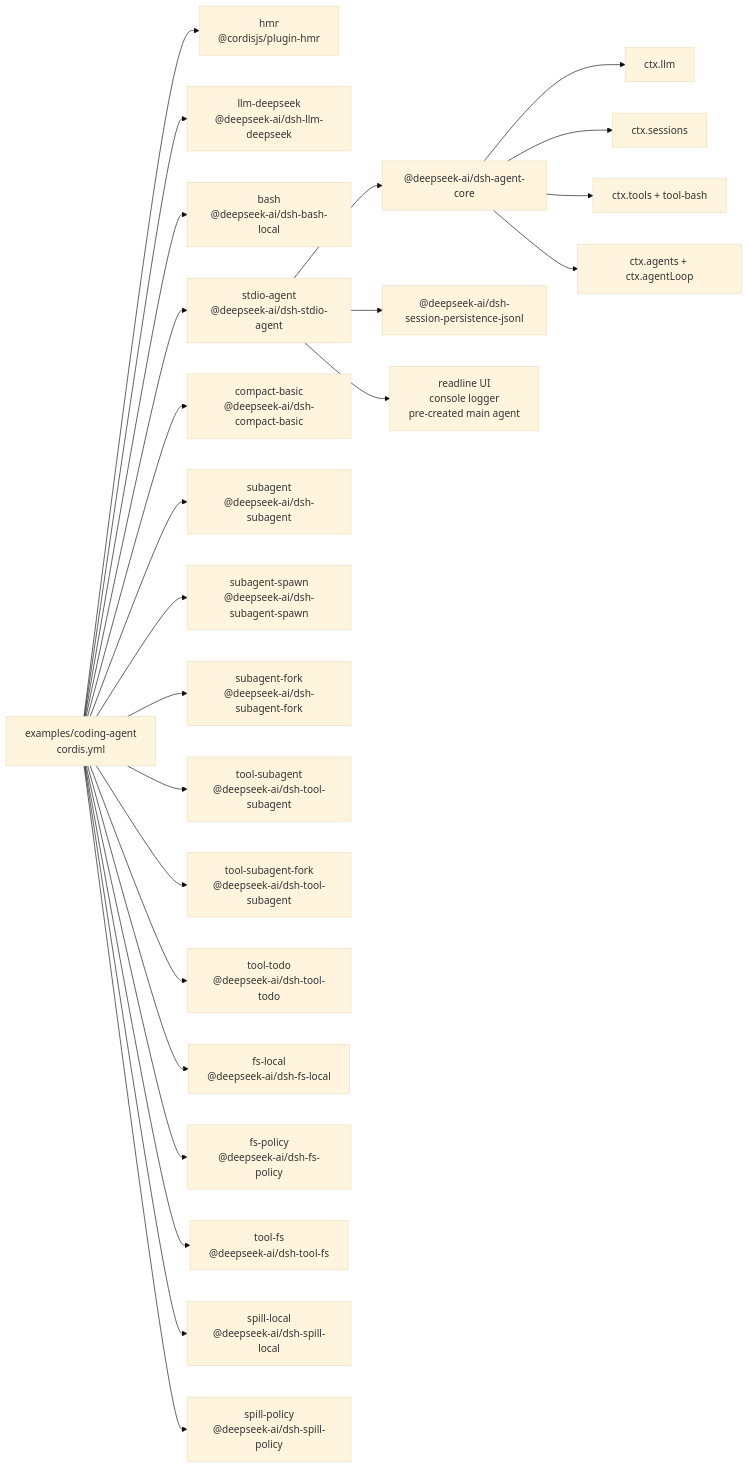
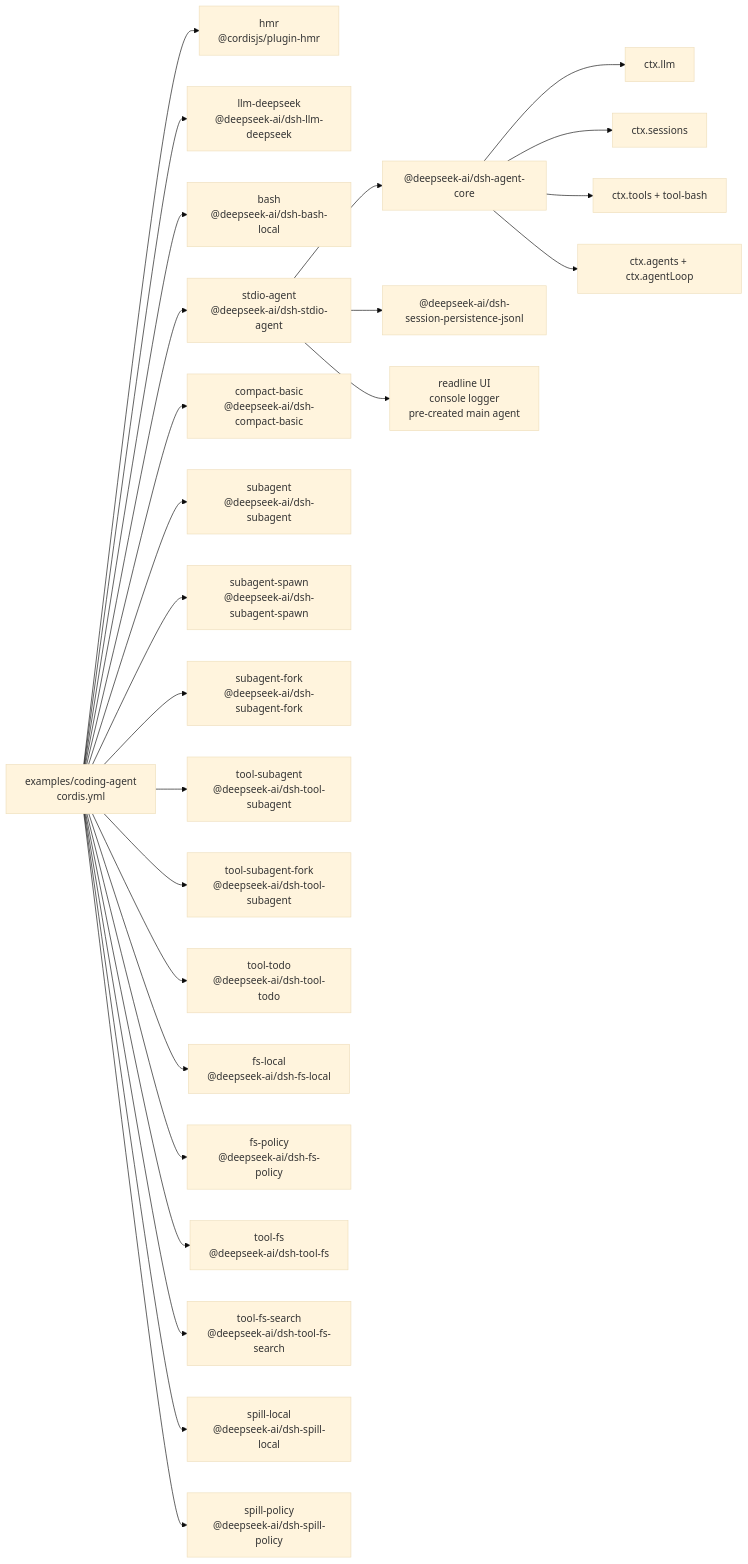
The diagram in examples/coding-agent/composition.md (007M7/DeepCode), drawn with Mermaid (base theme) before and after one commit. The commit also changed other lines of this file and 26 other files, not shown here.

First line of the commit message:
feat: bash-backed glob/grep discovery tools (dsh-tool-fs-search)

````diff
--- a/examples/coding-agent/composition.md
+++ b/examples/coding-agent/composition.md
@@ -8,43 +8,45 @@
 ```mermaid
 flowchart LR
   cfg["examples/coding-agent<br/>cordis.yml"]
   plugin_coding_hmr["hmr<br/>@cordisjs/plugin-hmr"]
   cfg --> plugin_coding_hmr
   plugin_coding_llm_deepseek["llm-deepseek<br/>@deepseek-ai/dsh-llm-deepseek"]
   cfg --> plugin_coding_llm_deepseek
   plugin_coding_bash["bash<br/>@deepseek-ai/dsh-bash-local"]
   cfg --> plugin_coding_bash
   plugin_coding_stdio_agent["stdio-agent<br/>@deepseek-ai/dsh-stdio-agent"]
   cfg --> plugin_coding_stdio_agent
   plugin_coding_stdio_agent --> bundle_agent_core["@deepseek-ai/dsh-agent-core"]
   plugin_coding_stdio_agent --> bundle_jsonl["@deepseek-ai/dsh-session-persistence-jsonl"]
   plugin_coding_stdio_agent --> frontdoor_stdio["readline UI<br/>console logger<br/>pre-created main agent"]
   bundle_agent_core --> spine_llm["ctx.llm"]
   bundle_agent_core --> spine_sessions["ctx.sessions"]
   bundle_agent_core --> spine_tools["ctx.tools + tool-bash"]
   bundle_agent_core --> spine_loop["ctx.agents + ctx.agentLoop"]
   plugin_coding_compact_basic["compact-basic<br/>@deepseek-ai/dsh-compact-basic"]
   cfg --> plugin_coding_compact_basic
   plugin_coding_subagent["subagent<br/>@deepseek-ai/dsh-subagent"]
   cfg --> plugin_coding_subagent
   plugin_coding_subagent_spawn["subagent-spawn<br/>@deepseek-ai/dsh-subagent-spawn"]
   cfg --> plugin_coding_subagent_spawn
   plugin_coding_subagent_fork["subagent-fork<br/>@deepseek-ai/dsh-subagent-fork"]
   cfg --> plugin_coding_subagent_fork
   plugin_coding_tool_subagent["tool-subagent<br/>@deepseek-ai/dsh-tool-subagent"]
   cfg --> plugin_coding_tool_subagent
   plugin_coding_tool_subagent_fork["tool-subagent-fork<br/>@deepseek-ai/dsh-tool-subagent"]
   cfg --> plugin_coding_tool_subagent_fork
   plugin_coding_tool_todo["tool-todo<br/>@deepseek-ai/dsh-tool-todo"]
   cfg --> plugin_coding_tool_todo
   plugin_coding_fs_local["fs-local<br/>@deepseek-ai/dsh-fs-local"]
   cfg --> plugin_coding_fs_local
   plugin_coding_fs_policy["fs-policy<br/>@deepseek-ai/dsh-fs-policy"]
   cfg --> plugin_coding_fs_policy
   plugin_coding_tool_fs["tool-fs<br/>@deepseek-ai/dsh-tool-fs"]
   cfg --> plugin_coding_tool_fs
+  plugin_coding_tool_fs_search["tool-fs-search<br/>@deepseek-ai/dsh-tool-fs-search"]
+  cfg --> plugin_coding_tool_fs_search
   plugin_coding_spill_local["spill-local<br/>@deepseek-ai/dsh-spill-local"]
   cfg --> plugin_coding_spill_local
   plugin_coding_spill_policy["spill-policy<br/>@deepseek-ai/dsh-spill-policy"]
   cfg --> plugin_coding_spill_policy
 ```
````
